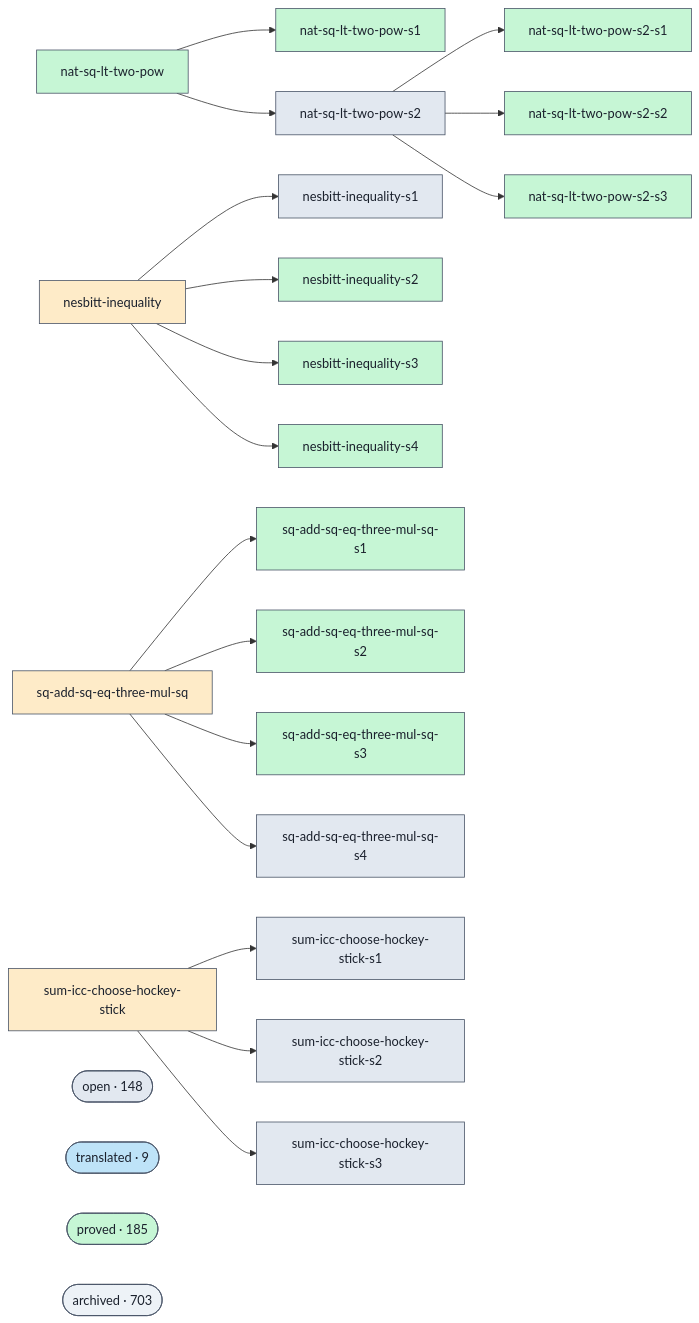
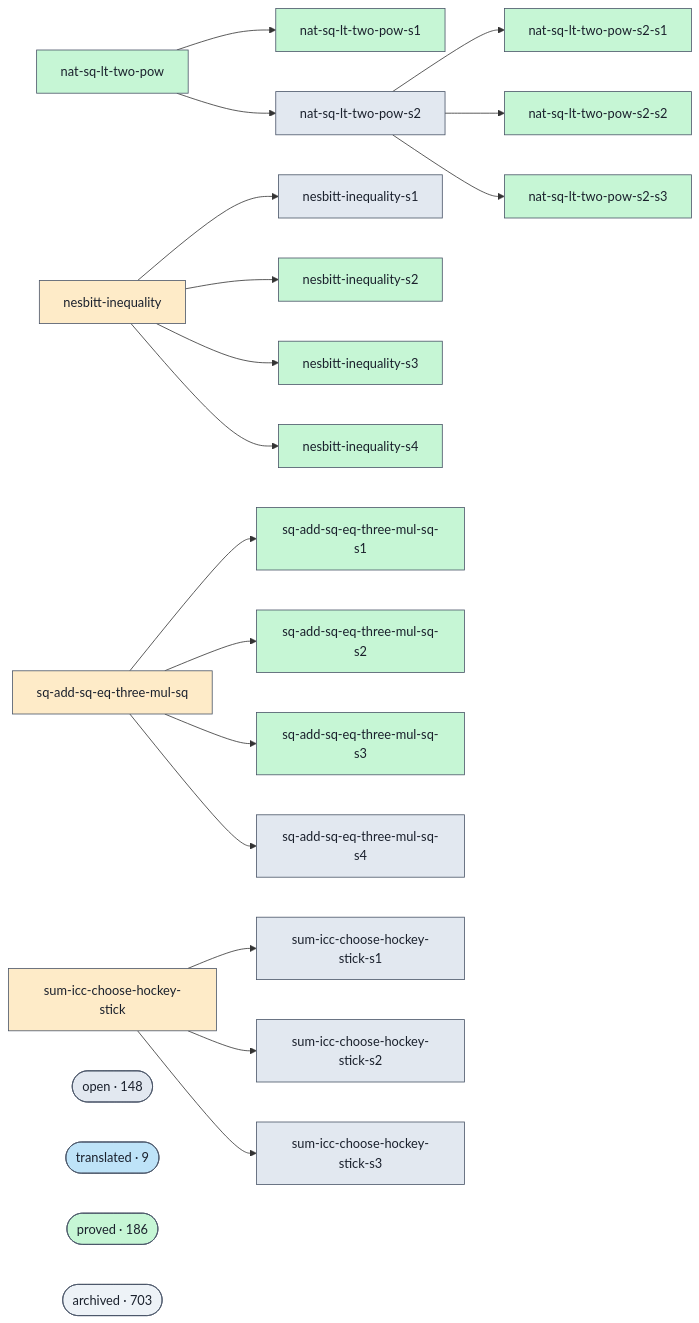
The diagram in docs/proofs-contributors-visualisation.md (ohdearquant/unsorry), drawn with Mermaid before and after one commit. The commit also changed other lines of this file and 2 other files, not shown here.

```diff
--- a/docs/proofs-contributors-visualisation.md
+++ b/docs/proofs-contributors-visualisation.md
@@ -102,7 +102,7 @@
   class cluster_open open;
   cluster_translated(["translated · 9"])
   class cluster_translated translated;
-  cluster_proved(["proved · 185"])
+  cluster_proved(["proved · 186"])
   class cluster_proved proved;
   cluster_archived(["archived · 703"])
   class cluster_archived unknown;
```
